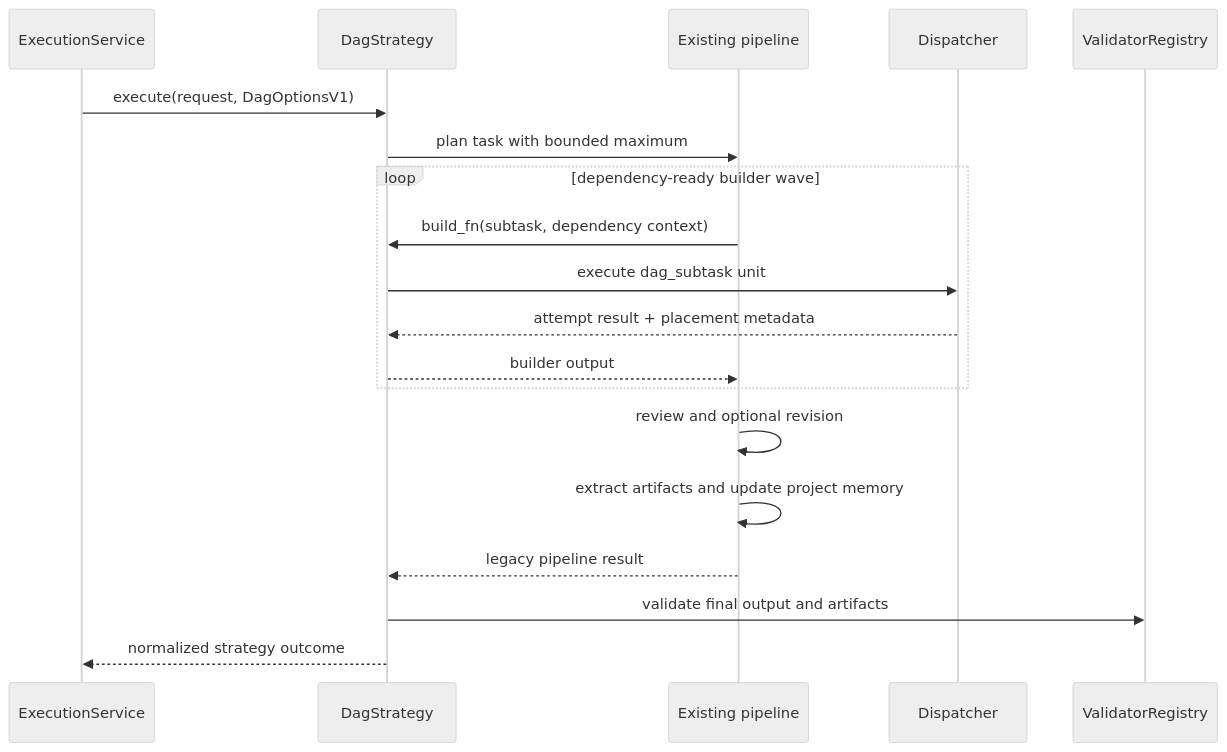
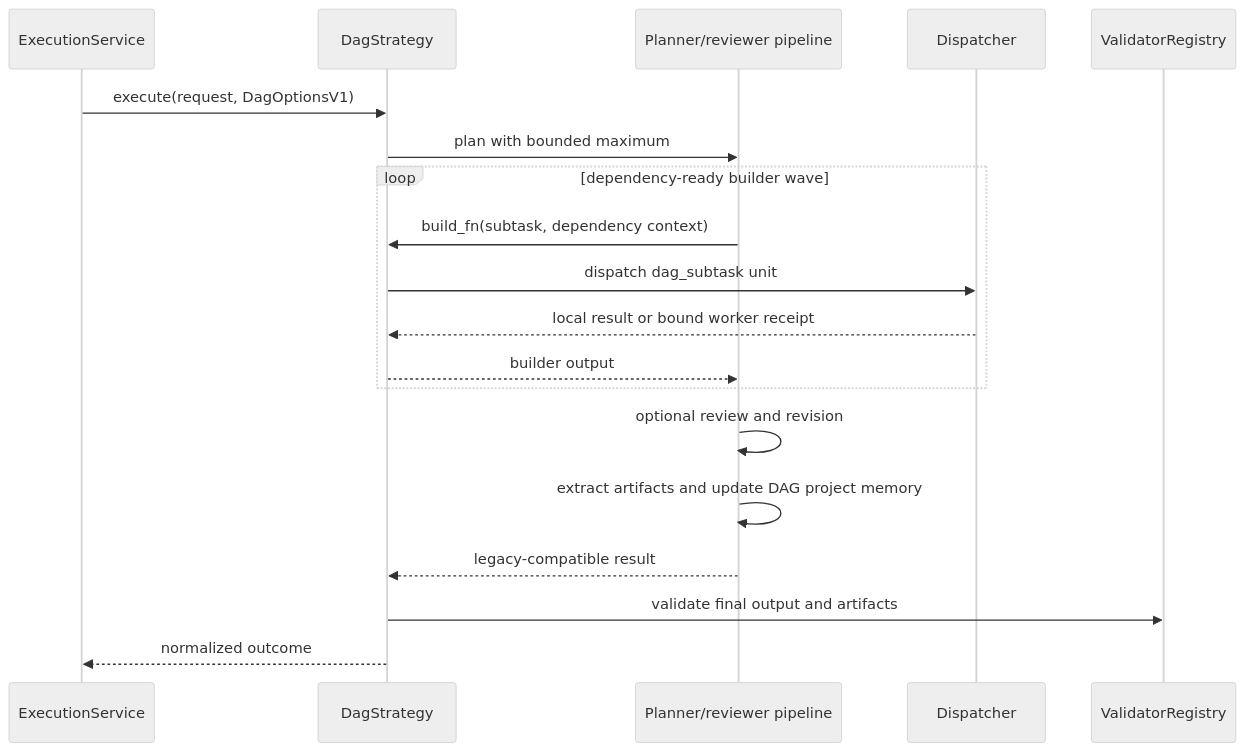
One commit to Jwrightsman/distributed-orchestrator changed the third of 9 diagrams in docs/ARCHITECTURE.md. Above: the diagram before and after it, drawn with Mermaid (neutral theme). The commit also changed other lines of this file and 10 other files, not shown here.

````diff
--- a/docs/ARCHITECTURE.md
+++ b/docs/ARCHITECTURE.md
@@ -28,21 +68,21 @@
 ```mermaid
 sequenceDiagram
     participant S as ExecutionService
     participant D as DagStrategy
-    participant P as Existing pipeline
+    participant P as Planner/reviewer pipeline
     participant X as Dispatcher
     participant V as ValidatorRegistry
     S->>D: execute(request, DagOptionsV1)
-    D->>P: plan task with bounded maximum
+    D->>P: plan with bounded maximum
     loop dependency-ready builder wave
         P->>D: build_fn(subtask, dependency context)
-        D->>X: execute dag_subtask unit
-        X-->>D: attempt result + placement metadata
+        D->>X: dispatch dag_subtask unit
+        X-->>D: local result or bound worker receipt
         D-->>P: builder output
     end
-    P->>P: review and optional revision
-    P->>P: extract artifacts and update project memory
-    P-->>D: legacy pipeline result
+    P->>P: optional review and revision
+    P->>P: extract artifacts and update DAG project memory
+    P-->>D: legacy-compatible result
     D->>V: validate final output and artifacts
-    D-->>S: normalized strategy outcome
+    D-->>S: normalized outcome
 ```
````
